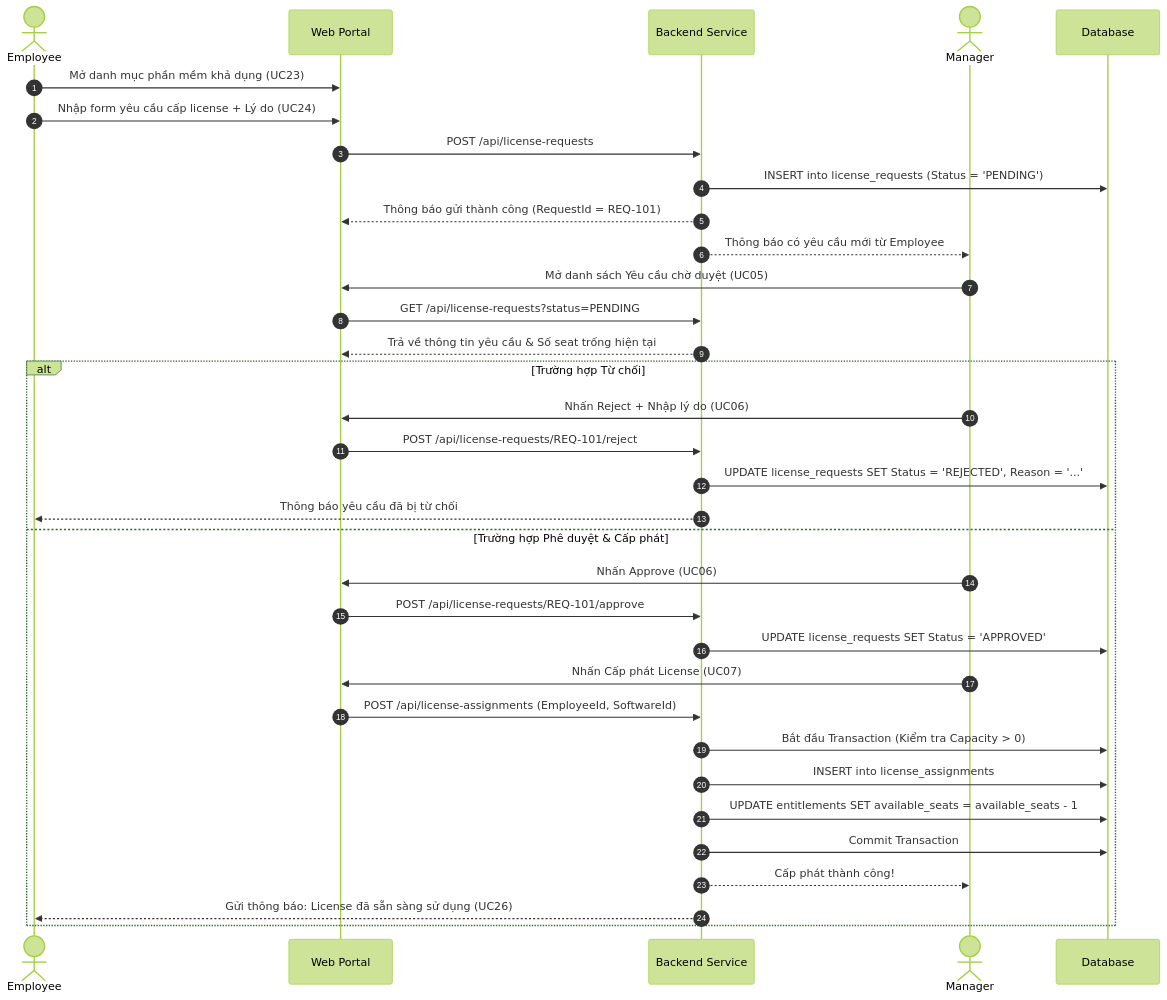
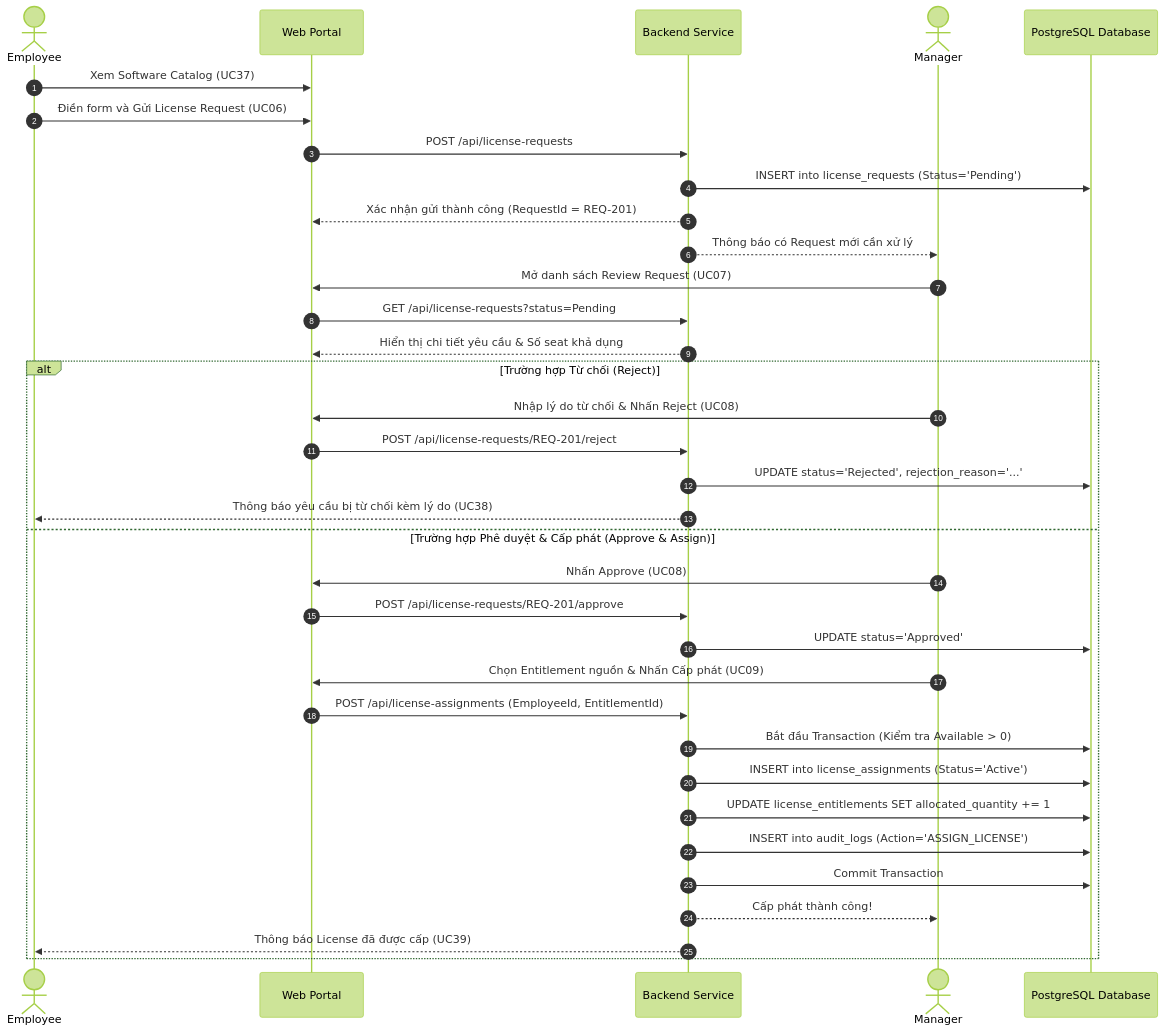
Before and after one commit to cuonglpv/VFast: the fourth of 5 diagrams in docs/02-use-cases.md, drawn with Mermaid (forest theme). The commit also changed other lines of this file and 3 other files, not shown here.

````diff
--- a/docs/02-use-cases.md
+++ b/docs/02-use-cases.md
@@ -248,40 +193,41 @@
 ```mermaid
 sequenceDiagram
     autonumber
     actor Emp as Employee
     participant UI as Web Portal
     participant API as Backend Service
     actor Mgr as Manager
-    participant DB as Database
+    participant DB as PostgreSQL Database
 
-    Emp->>UI: Mở danh mục phần mềm khả dụng (UC23)
-    Emp->>UI: Nhập form yêu cầu cấp license + Lý do (UC24)
+    Emp->>UI: Xem Software Catalog (UC37)
+    Emp->>UI: Điền form và Gửi License Request (UC06)
     UI->>API: POST /api/license-requests
-    API->>DB: INSERT into license_requests (Status = 'PENDING')
-    API-->>UI: Thông báo gửi thành công (RequestId = REQ-101)
-    
-    API-->>Mgr: Thông báo có yêu cầu mới từ Employee
-    Mgr->>UI: Mở danh sách Yêu cầu chờ duyệt (UC05)
-    UI->>API: GET /api/license-requests?status=PENDING
-    API-->>UI: Trả về thông tin yêu cầu & Số seat trống hiện tại
-    
-    alt Trường hợp Từ chối
-        Mgr->>UI: Nhấn Reject + Nhập lý do (UC06)
-        UI->>API: POST /api/license-requests/REQ-101/reject
-        API->>DB: UPDATE license_requests SET Status = 'REJECTED', Reason = '...'
-        API-->>Emp: Thông báo yêu cầu đã bị từ chối
-    else Trường hợp Phê duyệt & Cấp phát
-        Mgr->>UI: Nhấn Approve (UC06)
-        UI->>API: POST /api/license-requests/REQ-101/approve
-        API->>DB: UPDATE license_requests SET Status = 'APPROVED'
+    API->>DB: INSERT into license_requests (Status='Pending')
+    API-->>UI: Xác nhận gửi thành công (RequestId = REQ-201)
+
+    API-->>Mgr: Thông báo có Request mới cần xử lý
+    Mgr->>UI: Mở danh sách Review Request (UC07)
+    UI->>API: GET /api/license-requests?status=Pending
+    API-->>UI: Hiển thị chi tiết yêu cầu & Số seat khả dụng
+
+    alt Trường hợp Từ chối (Reject)
+        Mgr->>UI: Nhập lý do từ chối & Nhấn Reject (UC08)
+        UI->>API: POST /api/license-requests/REQ-201/reject
+        API->>DB: UPDATE status='Rejected', rejection_reason='...'
+        API-->>Emp: Thông báo yêu cầu bị từ chối kèm lý do (UC38)
+    else Trường hợp Phê duyệt & Cấp phát (Approve & Assign)
+        Mgr->>UI: Nhấn Approve (UC08)
+        UI->>API: POST /api/license-requests/REQ-201/approve
+        API->>DB: UPDATE status='Approved'
         
-        Mgr->>UI: Nhấn Cấp phát License (UC07)
-        UI->>API: POST /api/license-assignments (EmployeeId, SoftwareId)
-        API->>DB: Bắt đầu Transaction (Kiểm tra Capacity > 0)
-        API->>DB: INSERT into license_assignments
-        API->>DB: UPDATE entitlements SET available_seats = available_seats - 1
+        Mgr->>UI: Chọn Entitlement nguồn & Nhấn Cấp phát (UC09)
+        UI->>API: POST /api/license-assignments (EmployeeId, EntitlementId)
+        API->>DB: Bắt đầu Transaction (Kiểm tra Available > 0)
+        API->>DB: INSERT into license_assignments (Status='Active')
+        API->>DB: UPDATE license_entitlements SET allocated_quantity += 1
+        API->>DB: INSERT into audit_logs (Action='ASSIGN_LICENSE')
         API->>DB: Commit Transaction
         API-->>Mgr: Cấp phát thành công!
-        API-->>Emp: Gửi thông báo: License đã sẵn sàng sử dụng (UC26)
+        API-->>Emp: Thông báo License đã được cấp (UC39)
     end
 ```
````
